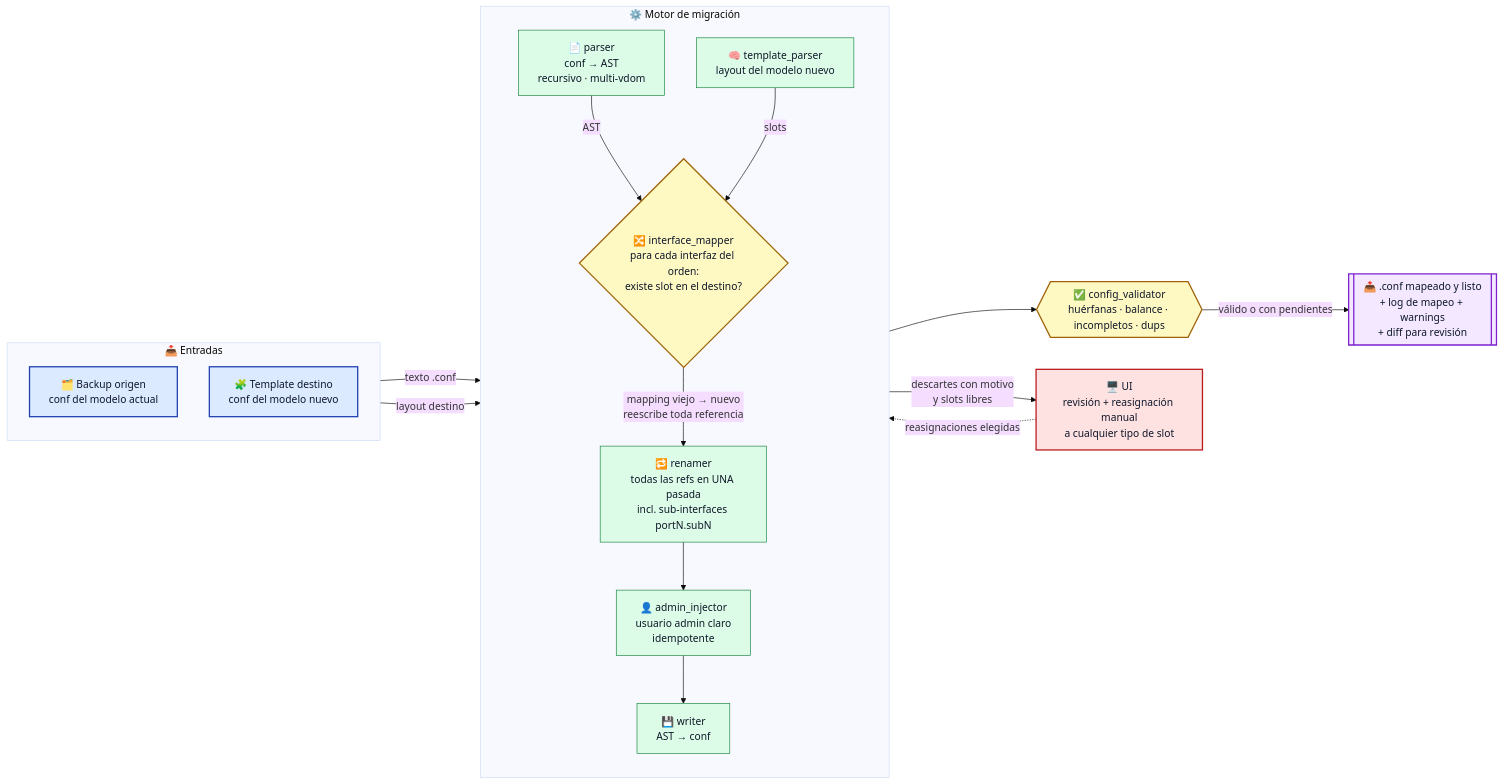
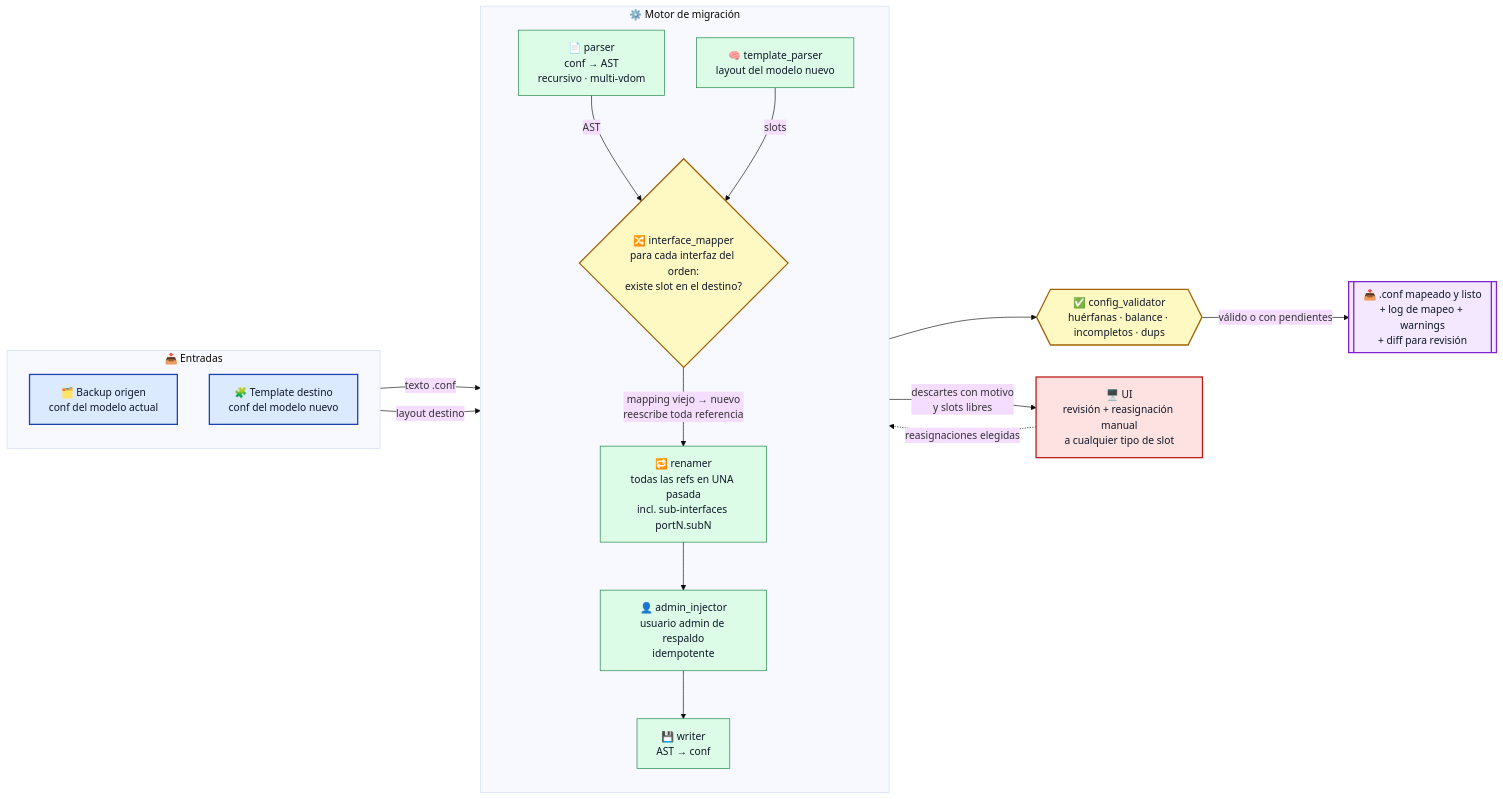
The diagram in README.md (VictorQuispe0106/Cambios-de-equipo-entre-Fortigate), drawn with Mermaid (base theme) before and after one commit. The commit also changed other lines of this file and 6 other files, not shown here.

````diff
--- a/README.md
+++ b/README.md
@@ -10,44 +10,44 @@
 ```mermaid
 flowchart LR
     subgraph inputs["📥 Entradas"]
         direction TB
         SRC["🗂️ Backup origen<br/>conf del modelo actual"]
         TPL["🧩 Template destino<br/>conf del modelo nuevo"]
     end
 
     subgraph engine["⚙️ Motor de migración"]
         direction TB
         P["📄 parser<br/>conf → AST<br/>recursivo · multi-vdom"]
         TP["🧠 template_parser<br/>layout del modelo nuevo"]
         M{"🔀 interface_mapper<br/>para cada interfaz del orden:<br/>existe slot en el destino?"}
         R["🔁 renamer<br/>todas las refs en UNA pasada<br/>incl. sub-interfaces portN.subN"]
-        AI["👤 admin_injector<br/>usuario admin claro<br/>idempotente"]
+        AI["👤 admin_injector<br/>usuario admin de respaldo<br/>idempotente"]
         W["💾 writer<br/>AST → conf"]
     end
 
     V{{"✅ config_validator<br/>huérfanas · balance · incompletos · dups"}}
     OUT[["📤 .conf mapeado y listo<br/>+ log de mapeo + warnings<br/>+ diff para revisión"]]
 
     SRC -->|"texto .conf"| P
     TPL -->|"layout destino"| TP
     P -->|AST| M
     TP -->|slots| M
     M -->|"mapping viejo → nuevo<br/>reescribe toda referencia"| R
     R --> AI --> W --> V
     V -->|"válido o con pendientes"| OUT
 
     M -- "descartes con motivo<br/>y slots libres" --> UI["🖥️ UI<br/>revisión + reasignación manual<br/>a cualquier tipo de slot"]
     UI -. "reasignaciones elegidas" .-> M
 
     classDef inp fill:#dbeafe,stroke:#1e40af,color:#0f172a,stroke-width:2px
     classDef stage fill:#dcfce7,stroke:#15803d,color:#0f172a,stroke-width:1px
     classDef gate fill:#fef9c3,stroke:#a16207,color:#0f172a,stroke-width:2px
     classDef outp fill:#f3e8ff,stroke:#7e22ce,color:#0f172a,stroke-width:2px
     classDef human fill:#fee2e2,stroke:#b91c1c,color:#0f172a,stroke-width:2px
 
     class SRC,TPL inp
     class P,TP,R,AI,W stage
     class M,V gate
     class OUT outp
     class UI human
 ```
````
